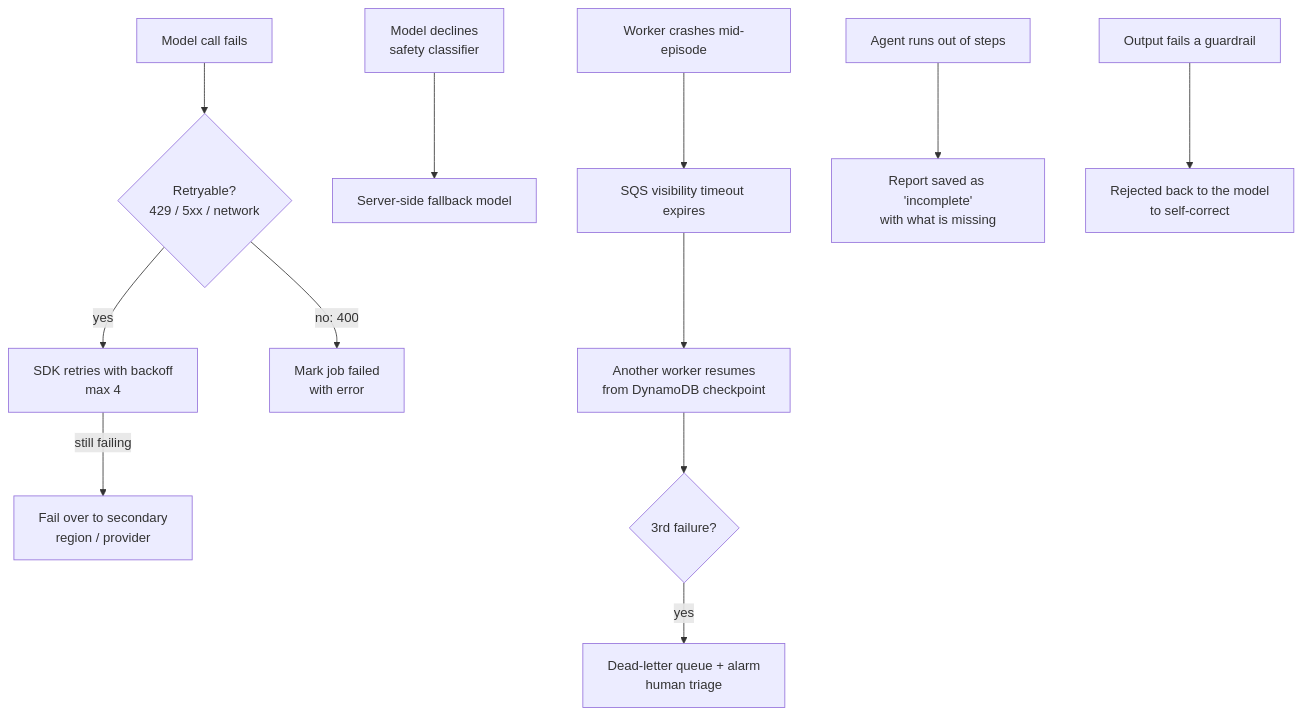
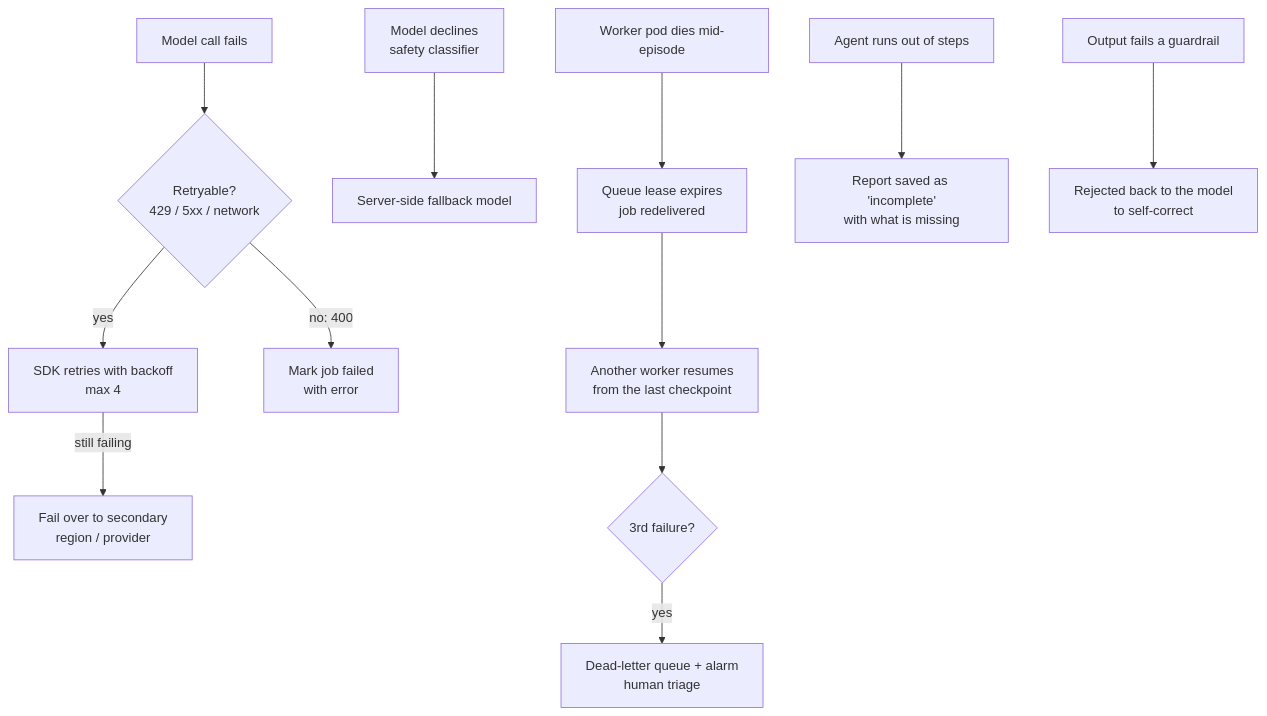
One commit to JohnGilligan2/podcast-agent changed the eighth of 10 diagrams in docs/DEPLOYMENT.md. Above: the diagram before and after it, drawn with Mermaid. The commit also changed other lines of this file and 2 other files, not shown here.

First line of the commit message:
Docs: cloud-neutral, Kubernetes-first deployment architecture (#12)

````diff
--- a/docs/DEPLOYMENT.md
+++ b/docs/DEPLOYMENT.md
@@ -328,14 +423,14 @@
 ```mermaid
 flowchart TD
     A[Model call fails] --> B{Retryable?<br/>429 / 5xx / network}
     B -- yes --> C[SDK retries with backoff<br/>max 4]
     C -- still failing --> D[Fail over to secondary<br/>region / provider]
     B -- no: 400 --> E[Mark job failed<br/>with error]
     F[Model declines<br/>safety classifier] --> G[Server-side fallback model]
-    H[Worker crashes mid-episode] --> I[SQS visibility timeout expires]
-    I --> J[Another worker resumes<br/>from DynamoDB checkpoint]
+    H[Worker pod dies mid-episode] --> I[Queue lease expires<br/>job redelivered]
+    I --> J[Another worker resumes<br/>from the last checkpoint]
     J --> K{3rd failure?}
     K -- yes --> L[Dead-letter queue + alarm<br/>human triage]
     M[Agent runs out of steps] --> N[Report saved as 'incomplete'<br/>with what is missing]
     O[Output fails a guardrail] --> P[Rejected back to the model<br/>to self-correct]
 ```
````
